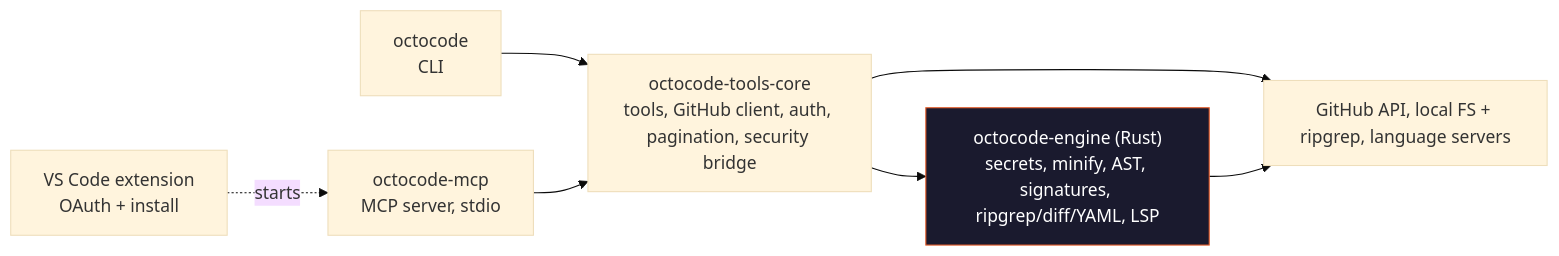
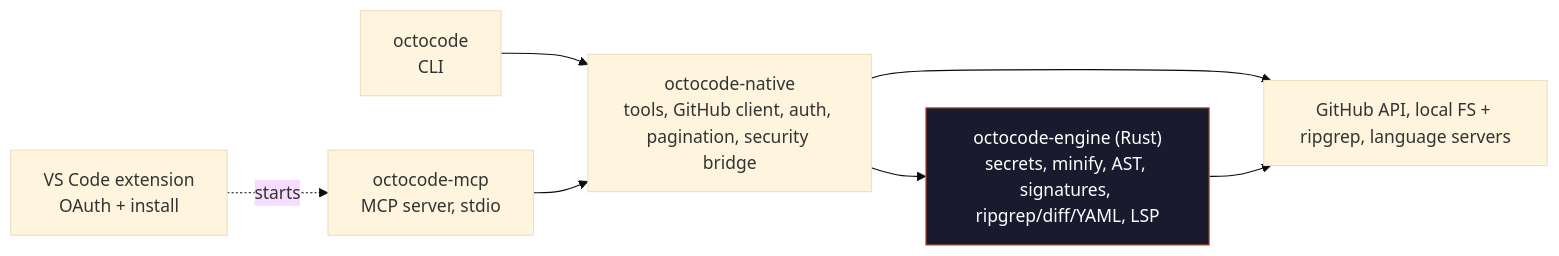
The diagram in README.md (bgauryy/octocode), drawn with Mermaid (base theme) before and after one commit. The commit also changed other lines of this file and 163 other files, not shown here.

````diff
--- a/README.md
+++ b/README.md
@@ -477,18 +477,18 @@
 ```mermaid
 graph LR
     CLI["octocode<br/>CLI"]
     MCP["octocode-mcp<br/>MCP server, stdio"]
     VSC["VS Code extension<br/>OAuth + install"]
-    CORE["octocode-tools-core<br/>tools, GitHub client, auth, pagination, security bridge"]
+    CORE["octocode-native<br/>tools, GitHub client, auth, pagination, security bridge"]
     ENGINE["octocode-engine (Rust)<br/>secrets, minify, AST, signatures, ripgrep/diff/YAML, LSP"]
     EXT["GitHub API, local FS + ripgrep, language servers"]
 
     CLI --> CORE
     MCP --> CORE
     VSC -. starts .-> MCP
     CORE --> ENGINE
     CORE --> EXT
     ENGINE --> EXT
 
     style ENGINE fill:#1a1a2e,stroke:#e75d2a,color:#fff
 ```
````
